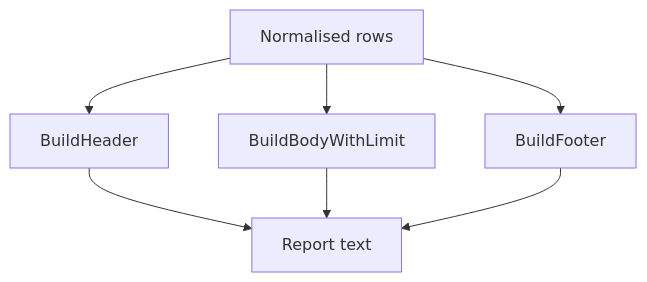
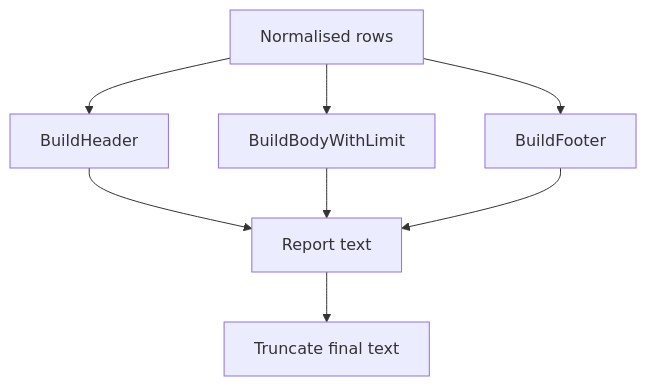
Before and after one commit to siutsin/telegram-jung2-bot: the second of 2 diagrams in internal/statistics/README.md, drawn with Mermaid. The commit also changed other lines of this file and 55 other files, not shown here.

````diff
--- a/internal/statistics/README.md
+++ b/internal/statistics/README.md
@@ -39,9 +39,10 @@
 ```mermaid
 flowchart TD
     normalised[Normalised rows] --> header[BuildHeader]
     normalised --> body[BuildBodyWithLimit]
     normalised --> footer[BuildFooter]
     header --> report[Report text]
     body --> report
     footer --> report
+    report --> truncate[Truncate final text]
 ```
````
